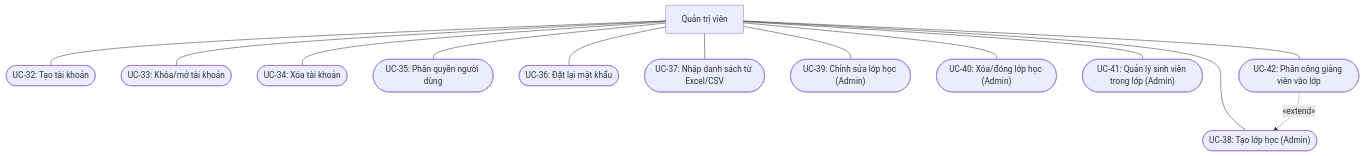
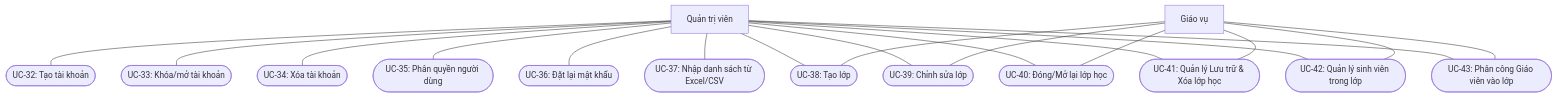
One commit to minhthuy70/ai-coding-tutor changed the fifth of 7 diagrams in docs/USE_CASE_DIAGRAMS.md. Above: the diagram before and after it, drawn with Mermaid. The commit also changed other lines of this file and 3 other files, not shown here.

````diff
--- a/docs/USE_CASE_DIAGRAMS.md
+++ b/docs/USE_CASE_DIAGRAMS.md
@@ -167,36 +152,43 @@
 ```mermaid
 flowchart TB
     %% Actors
     Admin["Quản trị viên"]
+    Staff["Giáo vụ"]
 
     %% Quản lý người dùng
     UC32(["UC-32: Tạo tài khoản"])
     UC33(["UC-33: Khóa/mở tài khoản"])
     UC34(["UC-34: Xóa tài khoản"])
     UC35(["UC-35: Phân quyền người dùng"])
     UC36(["UC-36: Đặt lại mật khẩu"])
     UC37(["UC-37: Nhập danh sách từ Excel/CSV"])
 
     %% Quản lý lớp học
-    UC38(["UC-38: Tạo lớp học (Admin)"])
-    UC39(["UC-39: Chỉnh sửa lớp học (Admin)"])
-    UC40(["UC-40: Xóa/đóng lớp học (Admin)"])
-    UC41(["UC-41: Quản lý sinh viên trong lớp (Admin)"])
-    UC42(["UC-42: Phân công giảng viên vào lớp"])
+    UC38(["UC-38: Tạo lớp"])
+    UC39(["UC-39: Chỉnh sửa lớp"])
+    UC40(["UC-40: Đóng/Mở lại lớp học"])
+    UC41(["UC-41: Quản lý Lưu trữ & Xóa lớp học"])
+    UC42(["UC-42: Quản lý sinh viên trong lớp"])
+    UC43(["UC-43: Phân công Giáo viên vào lớp"])
 
     %% Associations
     Admin --- UC32
     Admin --- UC33
     Admin --- UC34
     Admin --- UC35
     Admin --- UC36
     Admin --- UC37
     Admin --- UC38
     Admin --- UC39
     Admin --- UC40
     Admin --- UC41
     Admin --- UC42
+    Admin --- UC43
 
-    %% Relationships
-    UC42 -. "«extend»" .-> UC38
+    Staff --- UC38
+    Staff --- UC39
+    Staff --- UC40
+    Staff --- UC41
+    Staff --- UC42
+    Staff --- UC43
 ```
````
